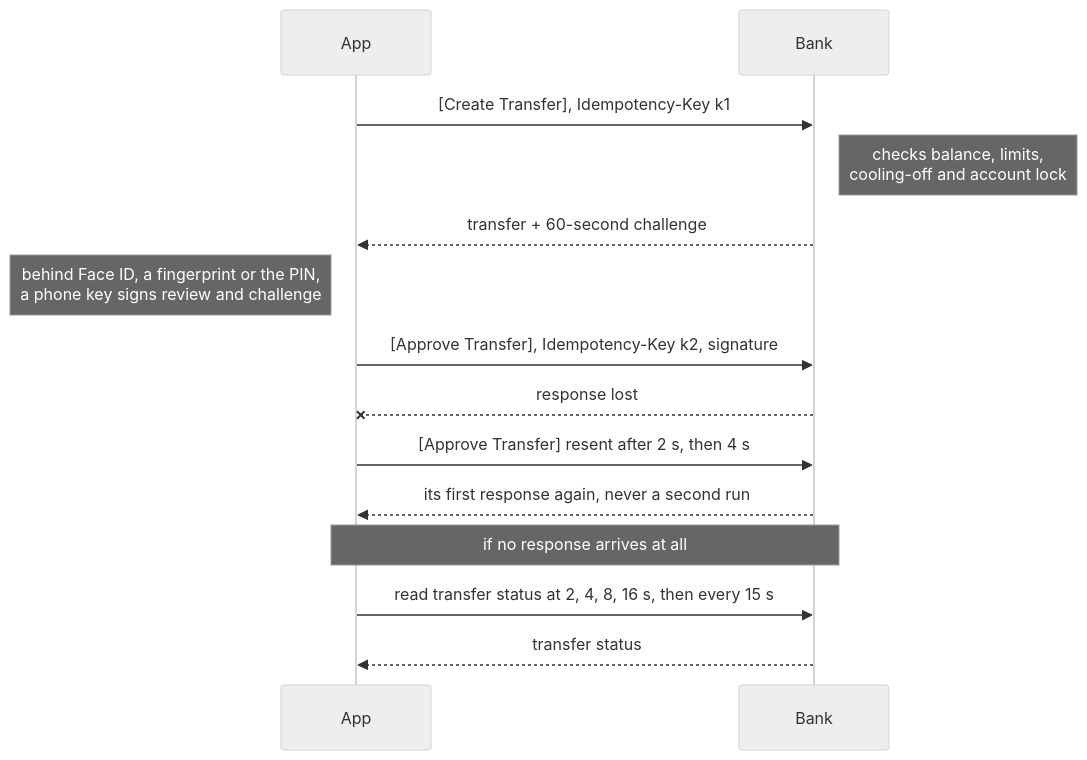
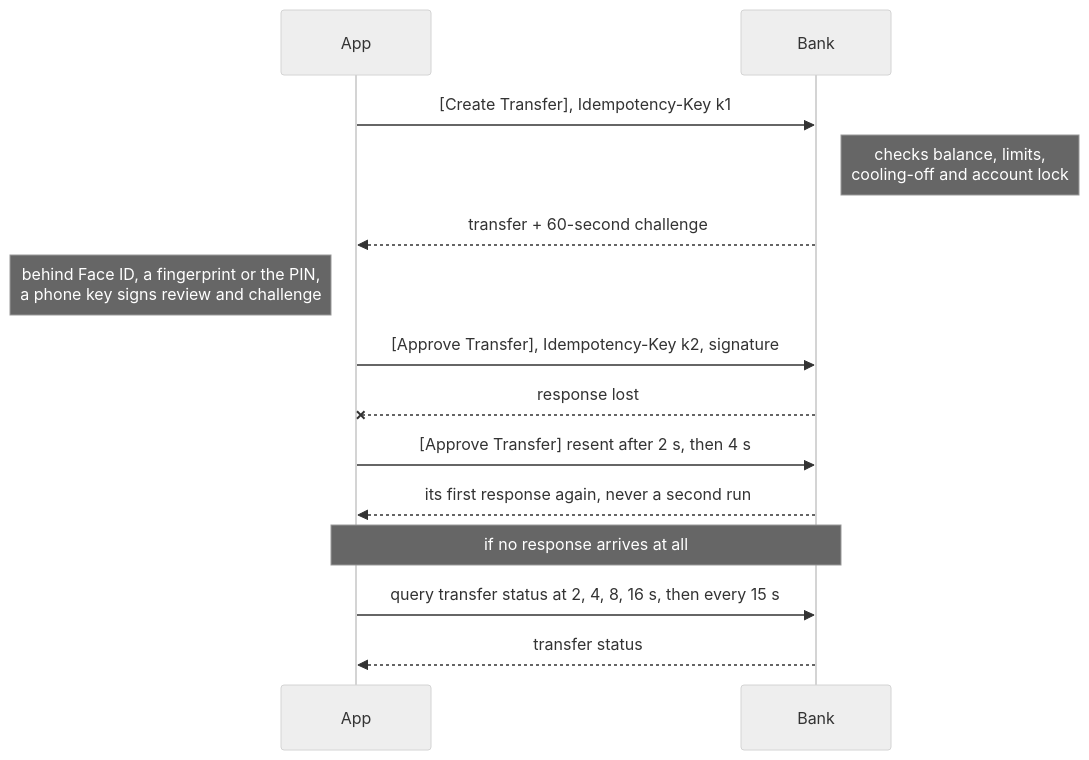
The first of 2 diagrams in docs/write-up.md (chiewwengkeat/ryt-transfer), drawn with Mermaid (neutral theme) before and after one commit.

Commit message:
docs(write-up): say the app queries the transfer status

````diff
--- a/docs/write-up.md
+++ b/docs/write-up.md
@@ -8,16 +8,16 @@
 ```mermaid
 sequenceDiagram
     participant App
     participant Bank
     App->>Bank: [Create Transfer], Idempotency-Key k1
     Note right of Bank: checks balance, limits,<br/>cooling-off and account lock
     Bank-->>App: transfer + 60-second challenge
     Note left of App: behind Face ID, a fingerprint or the PIN,<br/>a phone key signs review and challenge
     App->>Bank: [Approve Transfer], Idempotency-Key k2, signature
     Bank--xApp: response lost
     App->>Bank: [Approve Transfer] resent after 2 s, then 4 s
     Bank-->>App: its first response again, never a second run
     Note over App,Bank: if no response arrives at all
-    App->>Bank: read transfer status at 2, 4, 8, 16 s, then every 15 s
+    App->>Bank: query transfer status at 2, 4, 8, 16 s, then every 15 s
     Bank-->>App: transfer status
 ```
````
